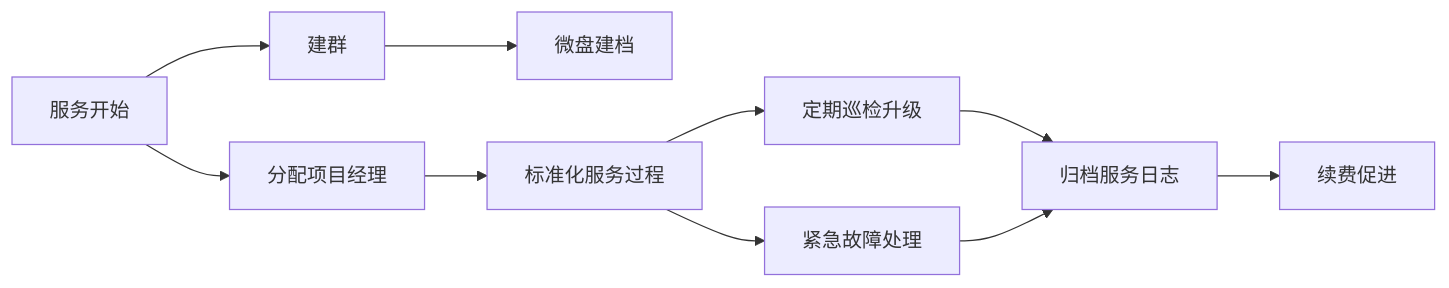
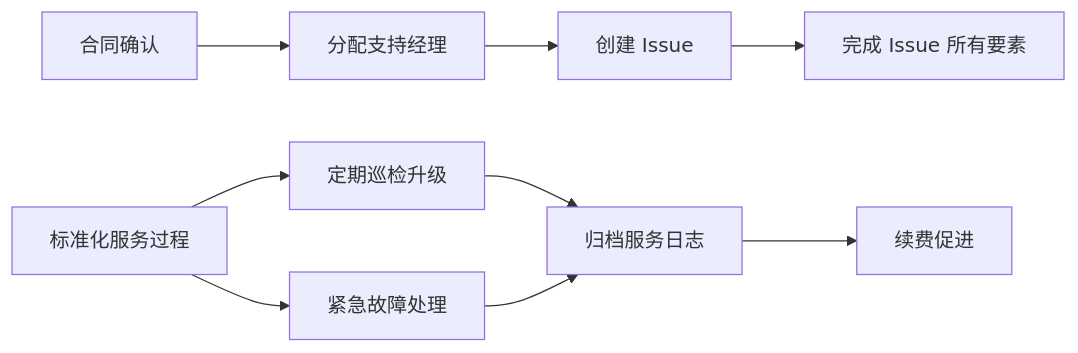
Before and after one commit to Websoft9/handbook: the first of 3 diagrams in docs/sales/service/readme.mdx, drawn with Mermaid. The commit also changed other lines of this file, not shown here.

````diff
--- a/docs/sales/service/readme.mdx
+++ b/docs/sales/service/readme.mdx
@@ -50,8 +52,7 @@
 ```mermaid
 graph LR;
-    服务开始-->建群-->微盘建档;
-    服务开始-->分配项目经理-->标准化服务过程;
-    标准化服务过程-->定期巡检升级-->归档服务日志;
-    标准化服务过程-->紧急故障处理-->归档服务日志;
-    归档服务日志-->续费促进;
+    A[合同确认] --> B[分配支持经理] --> C[创建 Issue] --> D[完成 Issue 所有要素];
+    E[标准化服务过程] --> F[定期巡检升级] --> G[归档服务日志];
+    E --> H[紧急故障处理] --> G;
+    G --> I[续费促进];
 ```
````
